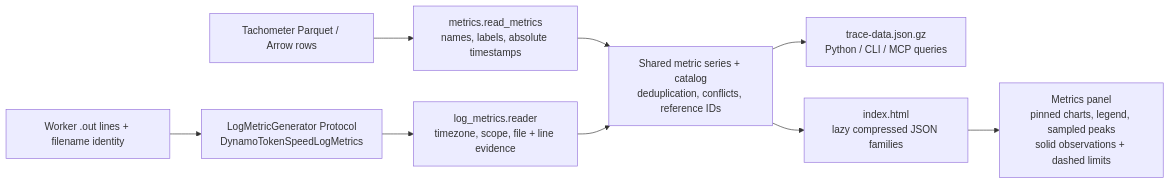
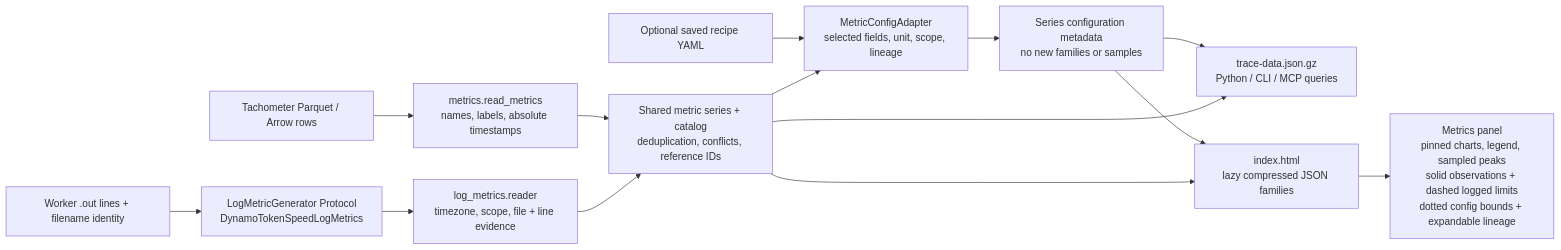
The diagram in docs/dsight-log-metrics.md (NVIDIA/srt-slurm), drawn with Mermaid before and after one commit. The commit also changed other lines of this file and 16 other files, not shown here.

Commit message:
feat(dsight): attach saved configuration lineage to runtime metrics

````diff
--- a/docs/dsight-log-metrics.md
+++ b/docs/dsight-log-metrics.md
@@ -10,11 +11,16 @@
 ```mermaid
 flowchart LR
     T["Tachometer Parquet / Arrow rows"] --> TR["metrics.read_metrics<br/>names, labels, absolute timestamps"]
     W["Worker .out lines + filename identity"] --> G["LogMetricGenerator Protocol<br/>DynamoTokenSpeedLogMetrics"]
     G --> LR["log_metrics.reader<br/>timezone, scope, file + line evidence"]
     TR --> S["Shared metric series + catalog<br/>deduplication, conflicts, reference IDs"]
     LR --> S
+    C["Optional saved recipe YAML"] --> CA["MetricConfigAdapter<br/>selected fields, unit, scope, lineage"]
+    S --> CA
+    CA --> M["Series configuration metadata<br/>no new families or samples"]
+    M --> D
+    M --> H
     S --> D["trace-data.json.gz<br/>Python / CLI / MCP queries"]
     S --> H["index.html<br/>lazy compressed JSON families"]
-    H --> UI["Metrics panel<br/>pinned charts, legend, sampled peaks<br/>solid observations + dashed limits"]
+    H --> UI["Metrics panel<br/>pinned charts, legend, sampled peaks<br/>solid observations + dashed logged limits<br/>dotted config bounds + expandable lineage"]
 ```
````
